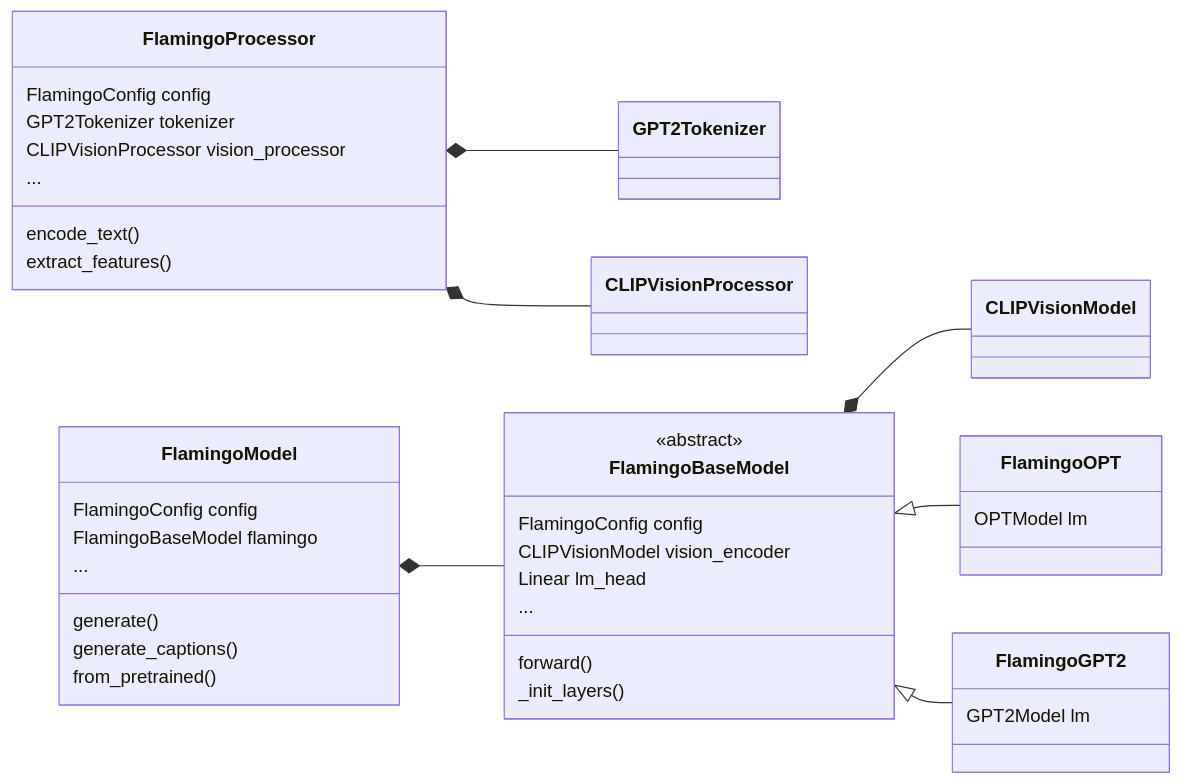
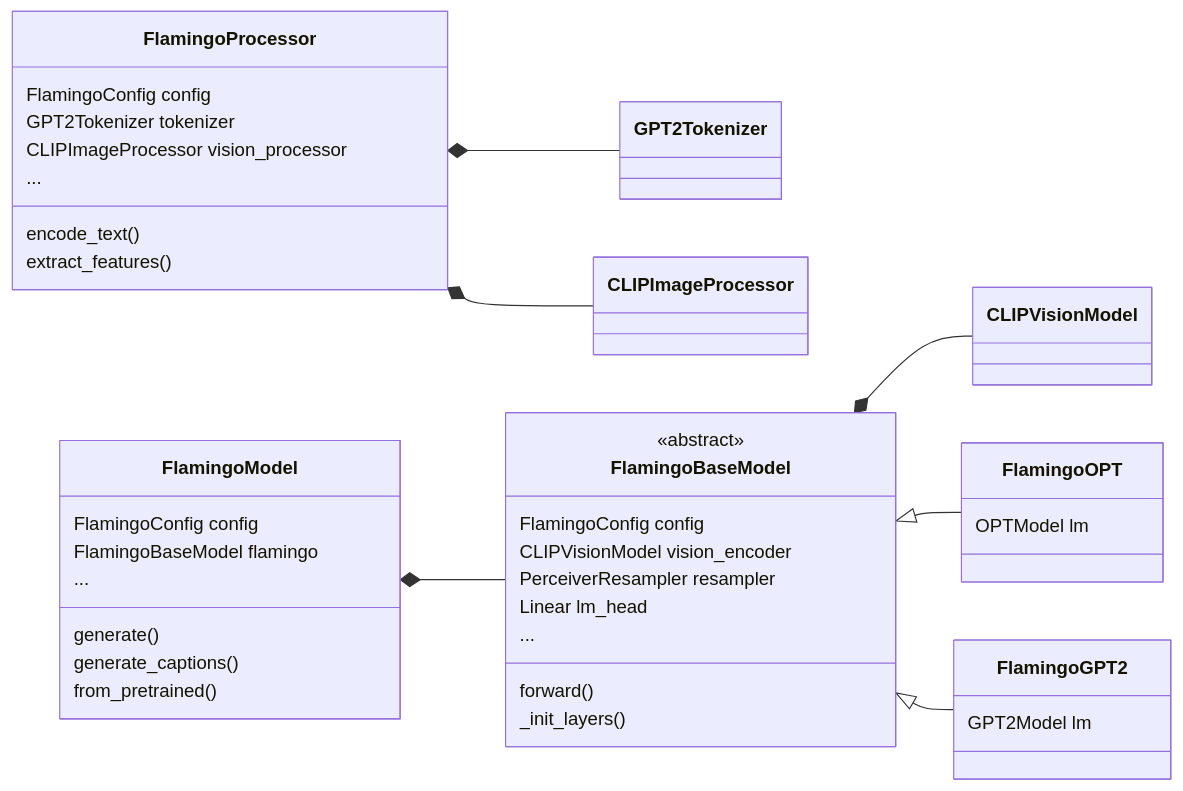
One commit to dhansmair/flamingo-mini changed the diagram in README.md. Above: the diagram before and after it, drawn with Mermaid. The commit also changed other lines of this file, not shown here.

````diff
--- a/README.md
+++ b/README.md
@@ -91,48 +93,49 @@
 ```mermaid
 classDiagram
 direction LR
 class FlamingoProcessor {
   FlamingoConfig config
   GPT2Tokenizer tokenizer
-  CLIPVisionProcessor vision_processor
+  CLIPImageProcessor vision_processor
   
   encode_text()
   extract_features()
   ...
 }
 class GPT2Tokenizer
 class CLIPVisionModel
-class CLIPVisionProcessor
+class CLIPImageProcessor
 FlamingoProcessor *-- GPT2Tokenizer
-FlamingoProcessor *-- CLIPVisionProcessor
+FlamingoProcessor *-- CLIPImageProcessor
 
 class FlamingoModel {
   FlamingoConfig config
   FlamingoBaseModel flamingo
   
   generate()
   generate_captions()
   from_pretrained() 
   ...
 }
 
 class FlamingoBaseModel {
   <<abstract>>
   FlamingoConfig config
   CLIPVisionModel vision_encoder
+  PerceiverResampler resampler
   Linear lm_head
   forward()
   _init_layers()
   ...
 }
 class FlamingoOPT {
   OPTModel lm
 }
 class FlamingoGPT2 {
   GPT2Model lm
 }
 FlamingoModel *-- FlamingoBaseModel
 FlamingoBaseModel *-- CLIPVisionModel
 FlamingoBaseModel <|-- FlamingoOPT
 FlamingoBaseModel <|-- FlamingoGPT2
 ```
````
